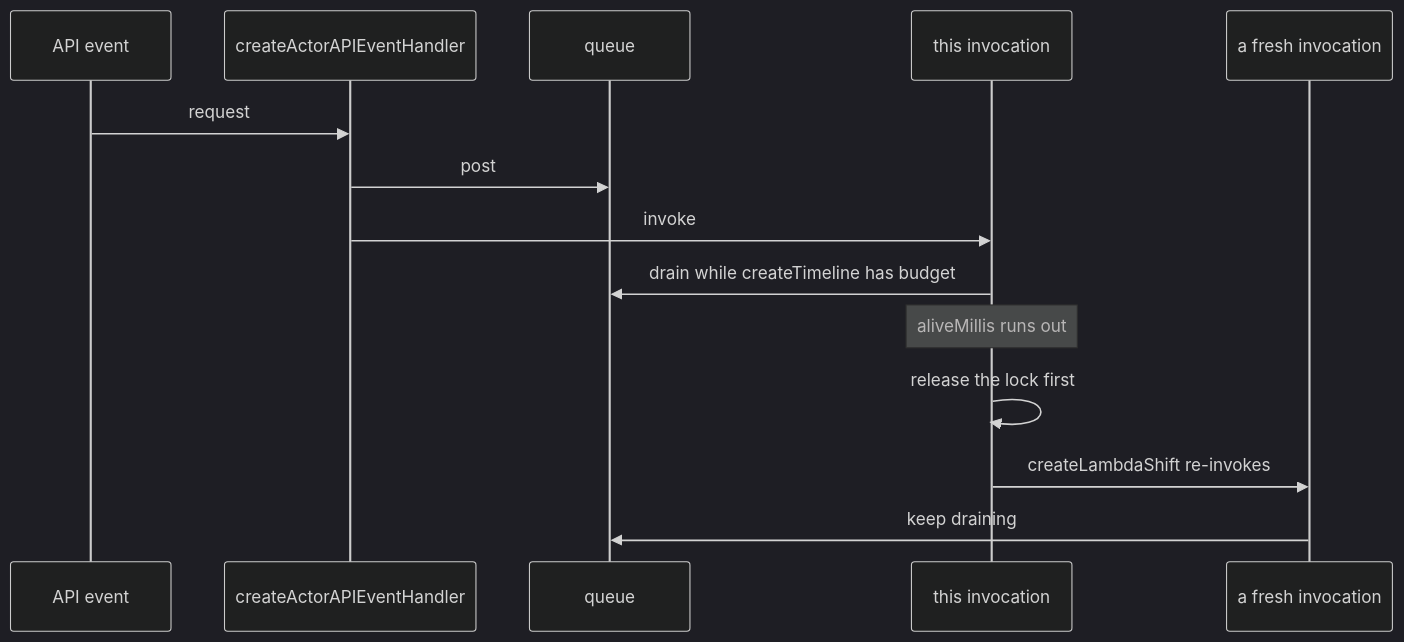
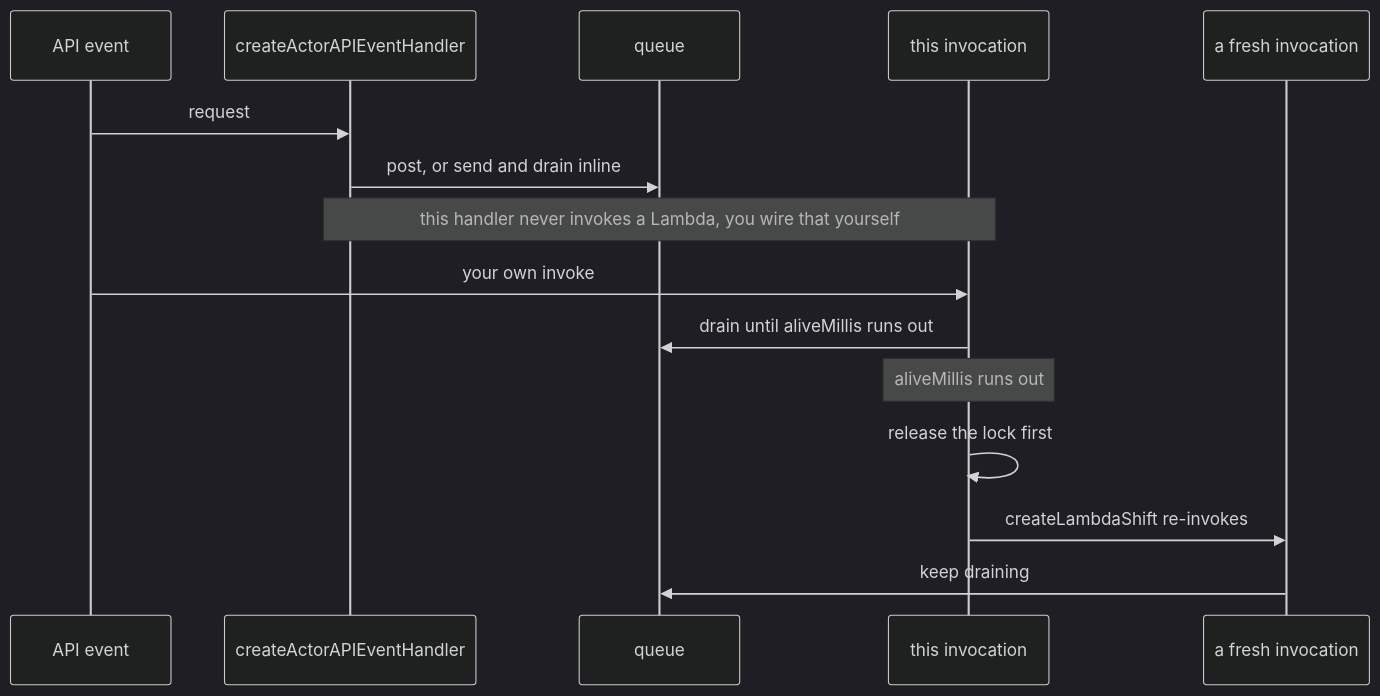
One commit to yingyeothon/tslib changed the diagram in packages/actor-system-lambda/README.md. Above: the diagram before and after it, drawn with Mermaid (dark theme). The commit also changed 27 other files, not shown here.

````diff
--- a/packages/actor-system-lambda/README.md
+++ b/packages/actor-system-lambda/README.md
@@ -7,16 +7,17 @@
 ```mermaid
 sequenceDiagram
   participant API as API event
   participant H as createActorAPIEventHandler
   participant Q as queue
   participant I as this invocation
   participant N as a fresh invocation
   API->>H: request
-  H->>Q: post
-  H->>I: invoke
-  I->>Q: drain while createTimeline has budget
+  H->>Q: post, or send and drain inline
+  Note over H,I: this handler never invokes a Lambda, you wire that yourself
+  API->>I: your own invoke
+  I->>Q: drain until aliveMillis runs out
   Note over I: aliveMillis runs out
   I->>I: release the lock first
   I->>N: createLambdaShift re-invokes
   N->>Q: keep draining
 ```
````
